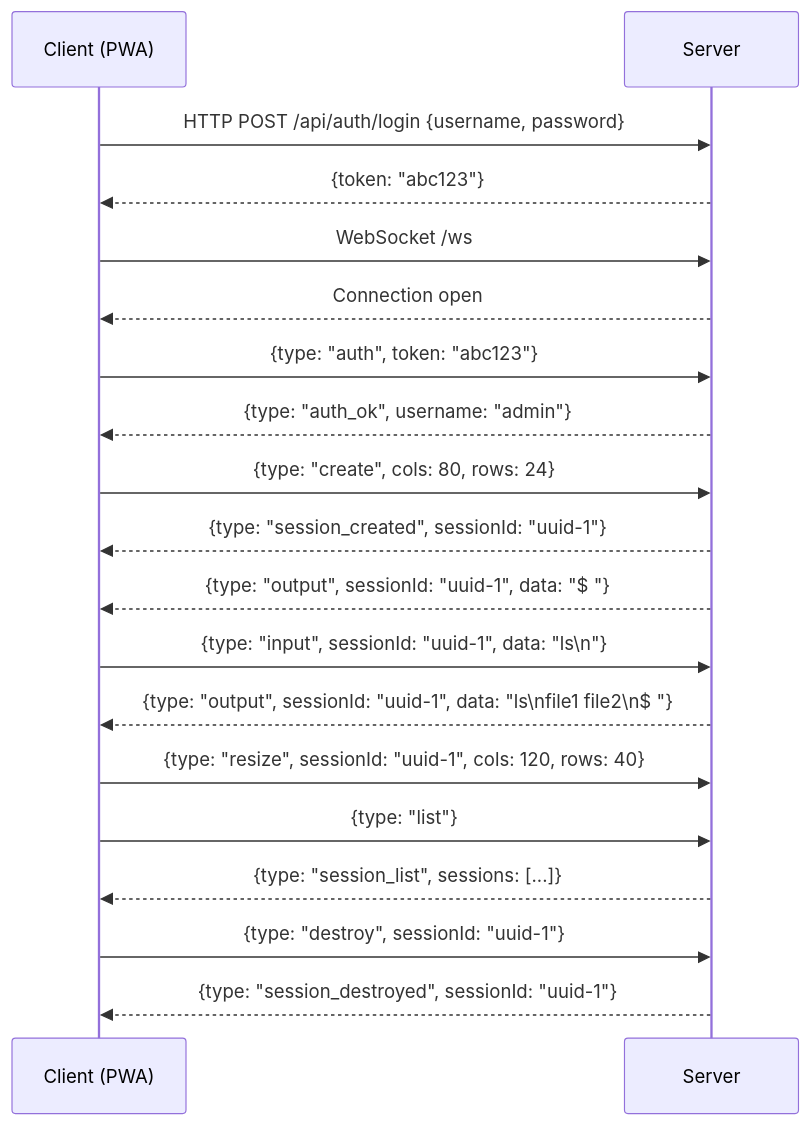
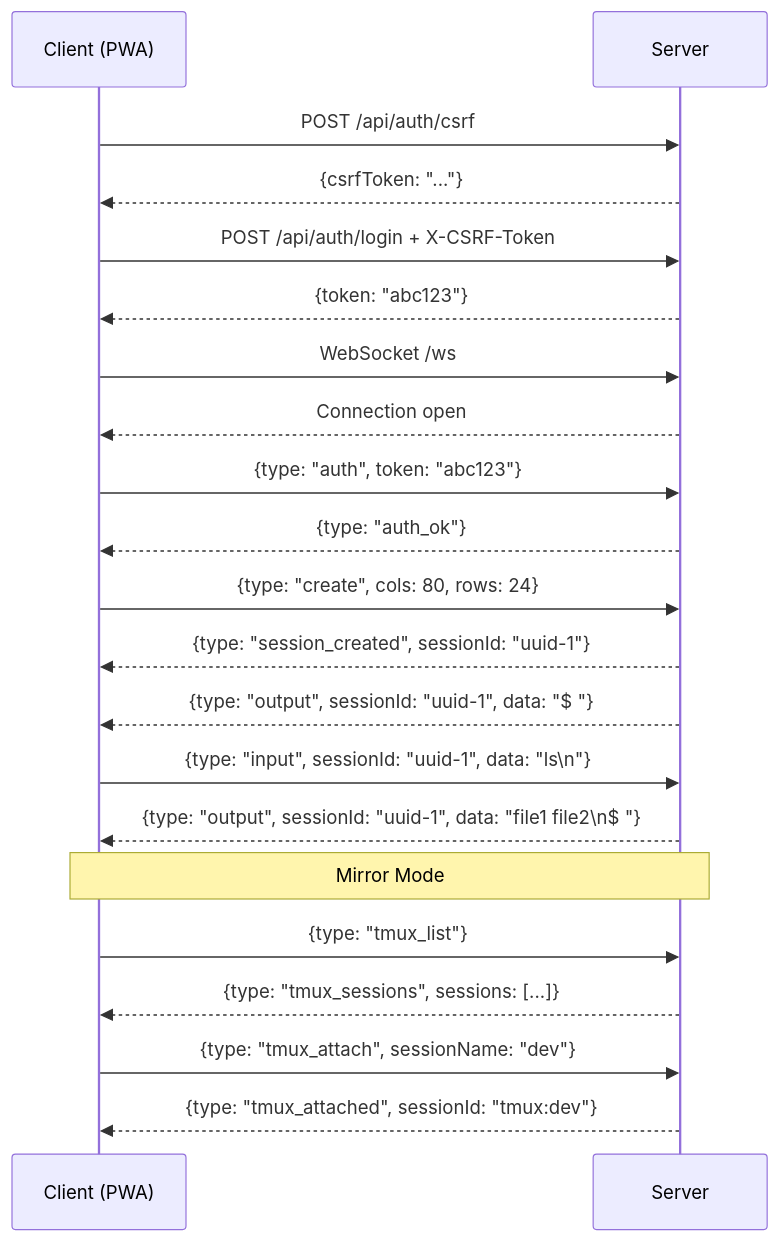
The second of 2 diagrams in README.md (Abhishekreddy31/TermPilot), drawn with Mermaid before and after one commit. The commit also changed other lines of this file, not shown here.

````diff
--- a/README.md
+++ b/README.md
@@ -114,28 +134,28 @@
 ```mermaid
 sequenceDiagram
     participant C as Client (PWA)
     participant S as Server
 
-    C->>S: HTTP POST /api/auth/login {username, password}
+    C->>S: POST /api/auth/csrf
+    S-->>C: {csrfToken: "..."}
+    C->>S: POST /api/auth/login + X-CSRF-Token
     S-->>C: {token: "abc123"}
 
     C->>S: WebSocket /ws
     S-->>C: Connection open
     C->>S: {type: "auth", token: "abc123"}
-    S-->>C: {type: "auth_ok", username: "admin"}
+    S-->>C: {type: "auth_ok"}
 
     C->>S: {type: "create", cols: 80, rows: 24}
     S-->>C: {type: "session_created", sessionId: "uuid-1"}
     S-->>C: {type: "output", sessionId: "uuid-1", data: "$ "}
 
     C->>S: {type: "input", sessionId: "uuid-1", data: "ls\n"}
-    S-->>C: {type: "output", sessionId: "uuid-1", data: "ls\nfile1 file2\n$ "}
+    S-->>C: {type: "output", sessionId: "uuid-1", data: "file1 file2\n$ "}
 
-    C->>S: {type: "resize", sessionId: "uuid-1", cols: 120, rows: 40}
-
-    C->>S: {type: "list"}
-    S-->>C: {type: "session_list", sessions: [...]}
-
-    C->>S: {type: "destroy", sessionId: "uuid-1"}
-    S-->>C: {type: "session_destroyed", sessionId: "uuid-1"}
+    Note over C,S: Mirror Mode
+    C->>S: {type: "tmux_list"}
+    S-->>C: {type: "tmux_sessions", sessions: [...]}
+    C->>S: {type: "tmux_attach", sessionName: "dev"}
+    S-->>C: {type: "tmux_attached", sessionId: "tmux:dev"}
 ```
````
